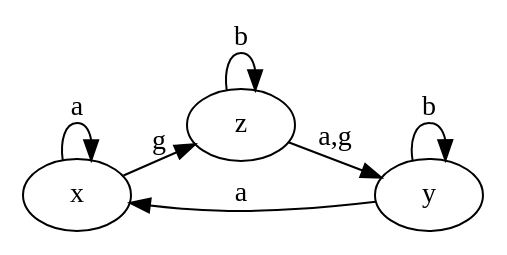
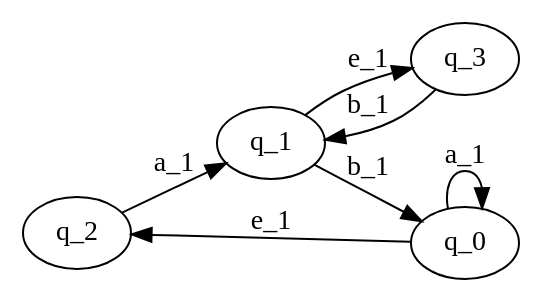
One commit to LCAUFRJ/DESLab changed the diagram in deslab/graphics/working/DotInterfaceFile.dot. Above: the diagram before and after it, drawn with Graphviz. The commit also changed 51 other files, not shown here.

```diff
--- a/deslab/graphics/working/DotInterfaceFile.dot
+++ b/deslab/graphics/working/DotInterfaceFile.dot
@@ -1,17 +1,18 @@
 digraph  {
 rankdir=LR;
 nodesep=0.25;
 ranksep=0.25;
+	s1 [style="state"];
 	s2 [style="state"];
-	s0 [style="state,accepting"];
-	s2 [style="state,accepting"];
-s0 [label=y, style="state,accepting"];
-s1 [label=z, style="state"];
-s2 [label=x, style="state,initial,accepting"];
-s0 -> s2  [key="a", label="a", style="obs_edge arrow"];
-s0 -> s0  [key="b", label="b", style="obs_edge arrow"];
-s1 -> s1  [key="b", label="b", style="obs_edge arrow"];
-s1 -> s0  [key="a,g", label="a,g", style="obs_edge arrow"];
-s2 -> s2  [key="a", label="a", style="obs_edge arrow"];
-s2 -> s1  [key="g", label="g", style="obs_edge arrow"];
+	s1 [style="state,accepting"];
+s0 [label=q_3, style="state"];
+s1 [label=q_2, style="state,initial,accepting"];
+s2 [label=q_0, style="state,initial"];
+s3 [label=q_1, style="state"];
+s0 -> s3  [key="b_1", label="b_1", style="obs_edge arrow"];
+s1 -> s3  [key="a_1", label="a_1", style="obs_edge arrow"];
+s2 -> s2  [key="a_1", label="a_1", style="obs_edge arrow"];
+s2 -> s1  [key="e_1", label="e_1", style="obs_edge arrow"];
+s3 -> s0  [key="e_1", label="e_1", style="obs_edge arrow"];
+s3 -> s2  [key="b_1", label="b_1", style="obs_edge arrow"];
 }
```
